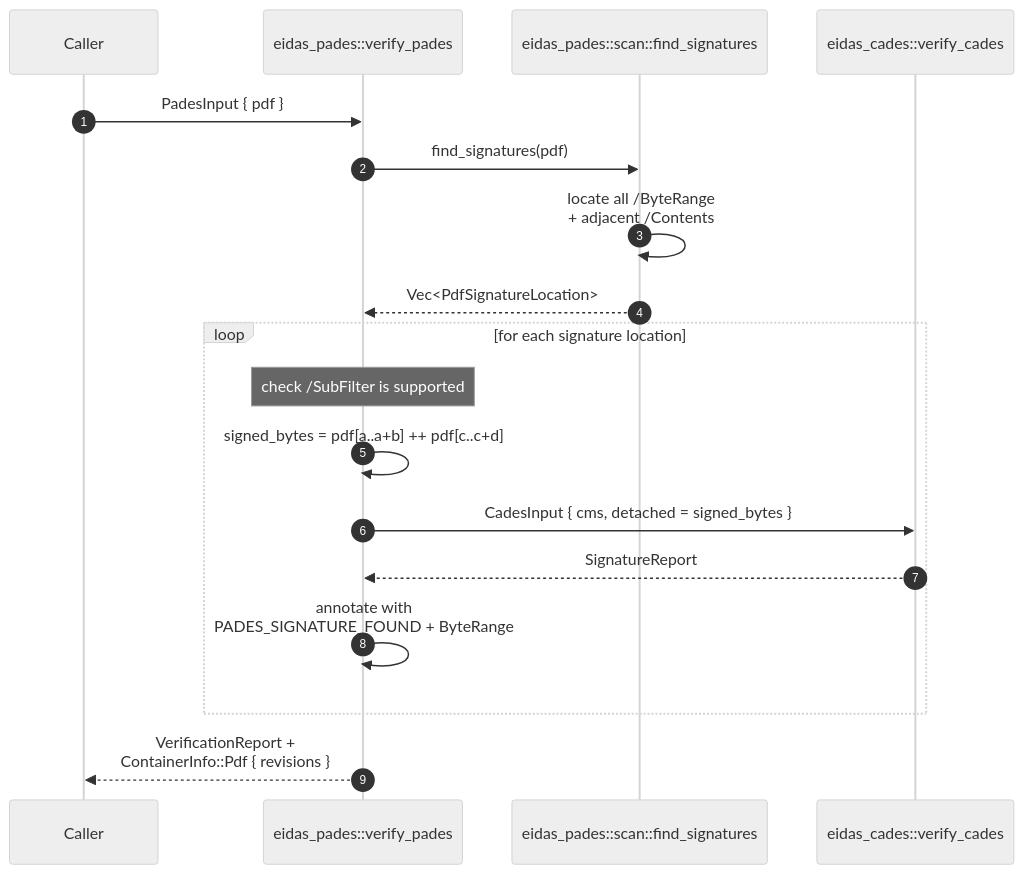
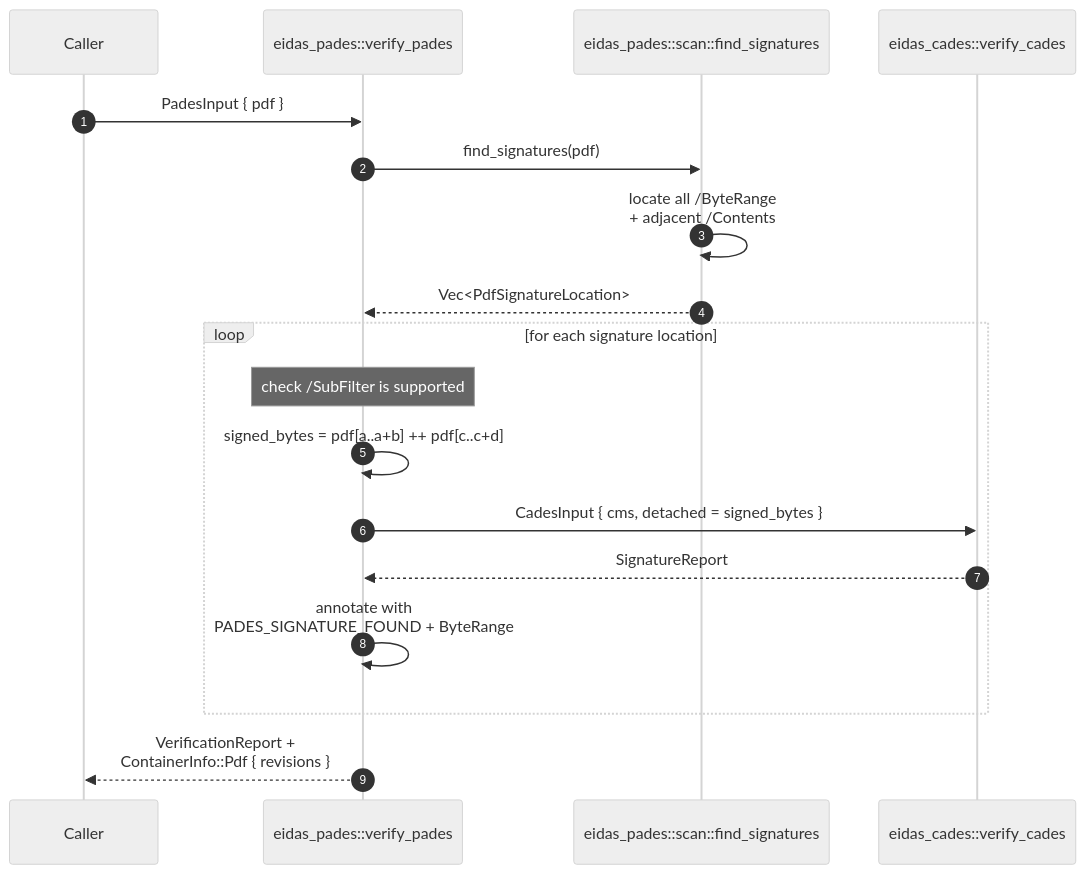
Before and after one commit to gsguglielmo/eidas-verify: the third of 7 diagrams in docs/03-data-flow.md, drawn with Mermaid (neutral theme). The commit also changed other lines of this file and 61 other files, not shown here.

````diff
--- a/docs/03-data-flow.md
+++ b/docs/03-data-flow.md
@@ -116,23 +116,23 @@
 ```mermaid
 sequenceDiagram
     autonumber
     participant C as Caller
     participant PadesVerify as eidas_pades::verify_pades
     participant Scan as eidas_pades::scan::find_signatures
     participant CadesVerify as eidas_cades::verify_cades
 
     C->>PadesVerify: PadesInput { pdf }
     PadesVerify->>Scan: find_signatures(pdf)
     Scan->>Scan: locate all /ByteRange<br/>+ adjacent /Contents
-    Scan-->>PadesVerify: Vec<PdfSignatureLocation>
+    Scan-->>PadesVerify: Vec#lt;PdfSignatureLocation#gt;
 
     loop for each signature location
         Note over PadesVerify: check /SubFilter is supported
         PadesVerify->>PadesVerify: signed_bytes = pdf[a..a+b] ++ pdf[c..c+d]
         PadesVerify->>CadesVerify: CadesInput { cms, detached = signed_bytes }
         CadesVerify-->>PadesVerify: SignatureReport
         PadesVerify->>PadesVerify: annotate with<br/>PADES_SIGNATURE_FOUND + ByteRange
     end
 
     PadesVerify-->>C: VerificationReport +<br/>ContainerInfo::Pdf { revisions }
 ```
````
